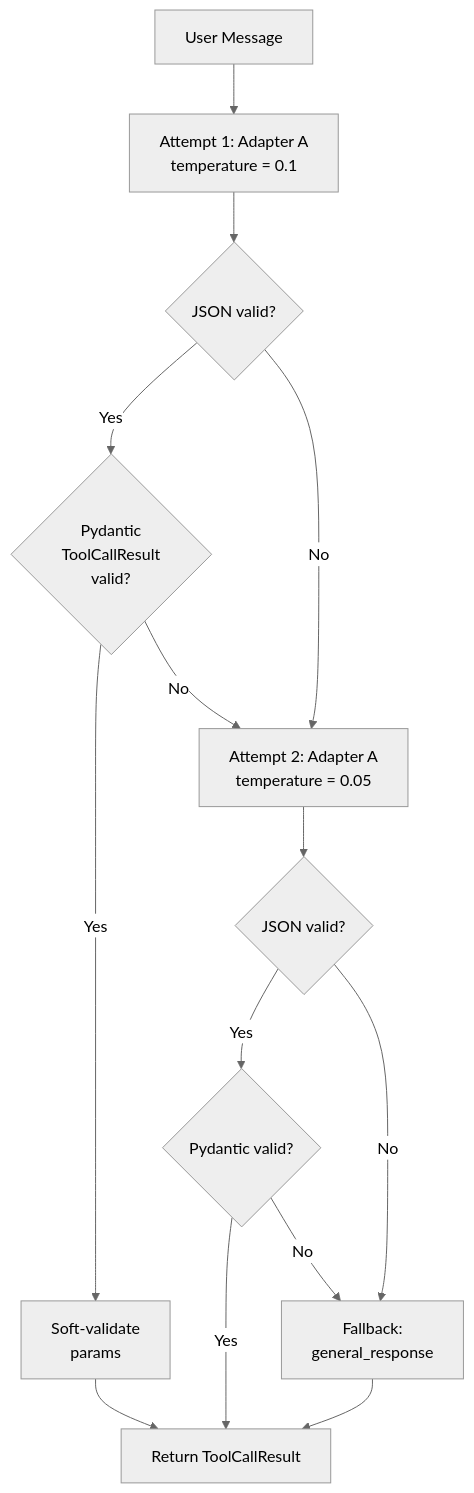
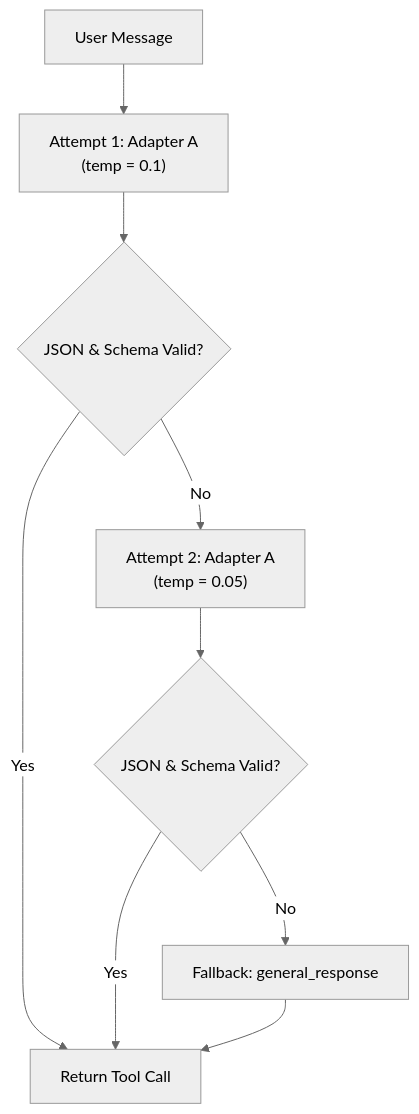
One commit to Vinhnguyen1227/Job-Market-Analytics-Platform changed the second of 3 diagrams in chapter_7_thesis_1.md. Above: the diagram before and after it, drawn with Mermaid (neutral theme). The commit also changed other lines of this file and 46 other files, not shown here.

````diff
--- a/chapter_7_thesis_1.md
+++ b/chapter_7_thesis_1.md
@@ -94,19 +61,11 @@
 ```mermaid
 flowchart TD
-    MSG["User Message"] --> TRY1["Attempt 1: Adapter A<br>temperature = 0.1"]
-    TRY1 --> PARSE1{"JSON valid?"}
-    PARSE1 -->|"Yes"| VALIDATE1{"Pydantic<br>ToolCallResult<br>valid?"}
-    VALIDATE1 -->|"Yes"| SOFT["Soft-validate<br>params"]
-    SOFT --> RETURN["Return ToolCallResult"]
-    
-    PARSE1 -->|"No"| TRY2["Attempt 2: Adapter A<br>temperature = 0.05"]
-    VALIDATE1 -->|"No"| TRY2
-    
-    TRY2 --> PARSE2{"JSON valid?"}
-    PARSE2 -->|"Yes"| VALIDATE2{"Pydantic valid?"}
-    VALIDATE2 -->|"Yes"| RETURN
-    
-    PARSE2 -->|"No"| FALLBACK["Fallback:<br>general_response"]
-    VALIDATE2 -->|"No"| FALLBACK
+    MSG["User Message"] --> TRY1["Attempt 1: Adapter A<br>(temp = 0.1)"]
+    TRY1 --> PARSE1{"JSON & Schema Valid?"}
+    PARSE1 -->|"Yes"| RETURN["Return Tool Call"]
+    PARSE1 -->|"No"| TRY2["Attempt 2: Adapter A<br>(temp = 0.05)"]
+    TRY2 --> PARSE2{"JSON & Schema Valid?"}
+    PARSE2 -->|"Yes"| RETURN
+    PARSE2 -->|"No"| FALLBACK["Fallback: general_response"]
     FALLBACK --> RETURN
 ```
````
